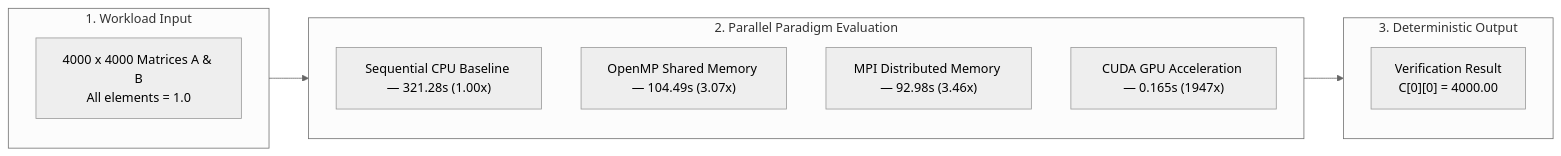
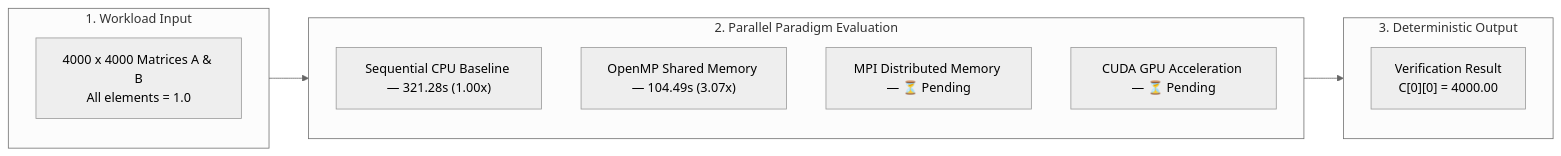
One commit to manasa-vasare/PGC-lab1 changed the first of 2 diagrams in README.md. Above: the diagram before and after it, drawn with Mermaid (neutral theme). The commit also changed other lines of this file and 4 other files, not shown here.

Commit message:
Mark MPI and CUDA as pending, remove from charts

````diff
--- a/README.md
+++ b/README.md
@@ -30,20 +30,20 @@
 ```mermaid
 flowchart LR
     subgraph Input ["1. Workload Input"]
         IN["4000 x 4000 Matrices A & B<br/>All elements = 1.0"]
     end
 
     subgraph Models ["2. Parallel Paradigm Evaluation"]
         direction TB
         M1["Sequential CPU Baseline — 321.28s (1.00x)"]
         M2["OpenMP Shared Memory — 104.49s (3.07x)"]
-        M3["MPI Distributed Memory — 92.98s (3.46x)"]
-        M4["CUDA GPU Acceleration — 0.165s (1947x)"]
+        M3["MPI Distributed Memory — ⏳ Pending"]
+        M4["CUDA GPU Acceleration — ⏳ Pending"]
     end
 
     subgraph Output ["3. Deterministic Output"]
         OUT["Verification Result<br/>C[0][0] = 4000.00"]
     end
 
     Input --> Models --> Output
 ```
````
